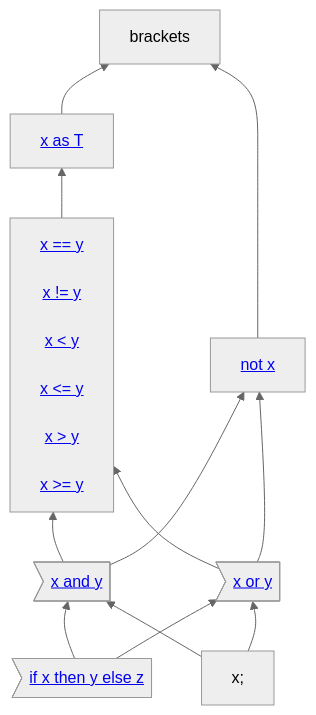
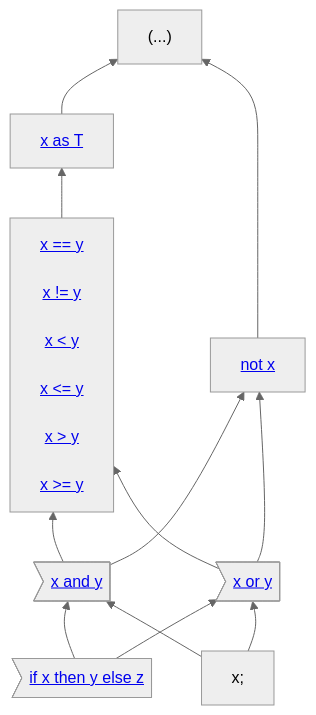
One commit to carbon-language/carbon-lang changed the first of 2 diagrams in docs/design/expressions/README.md. Above: the diagram before and after it, drawn with Mermaid (neutral theme).

````diff
--- a/docs/design/expressions/README.md
+++ b/docs/design/expressions/README.md
@@ -49,21 +49,23 @@
 ```mermaid
 graph BT
-    click brackets["(...)"] href "../classes.md#literals"
+    brackets["(...)"]
+    click brackets "../classes.md#literals"
+
     as["<a href='#conversions-and-casts'>x as T</a>"]
     not["<a href='logical_operators.md'>not x</a>"]
     comparison["<a href='comparison_operators.md'>x == y<br>
                                                   x != y<br>
                                                   x < y<br>
                                                   x <= y<br>
                                                   x > y<br>
                                                   x >= y</a>"]
     and>"<a href='logical_operators.md'>x and y</a>"]
     or>"<a href='logical_operators.md'>x or y</a>"]
     if>"<a href='#if-expressions'>if x then y else z</a>"]
     expressionEnd["x;"]
 
     as & not --> brackets
     comparison --> as
     and & or --> comparison & not
     if & expressionEnd --> and & or
 ```
````
